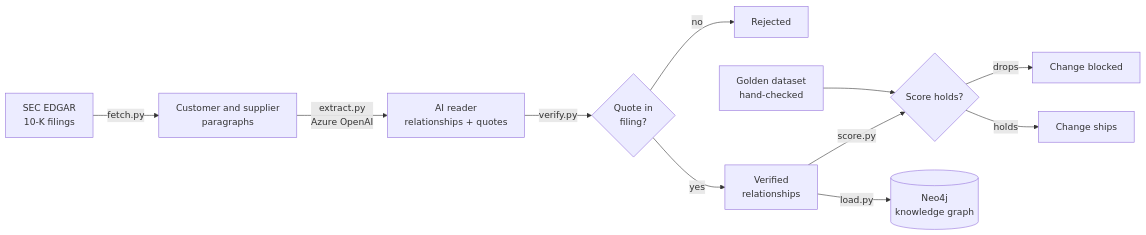
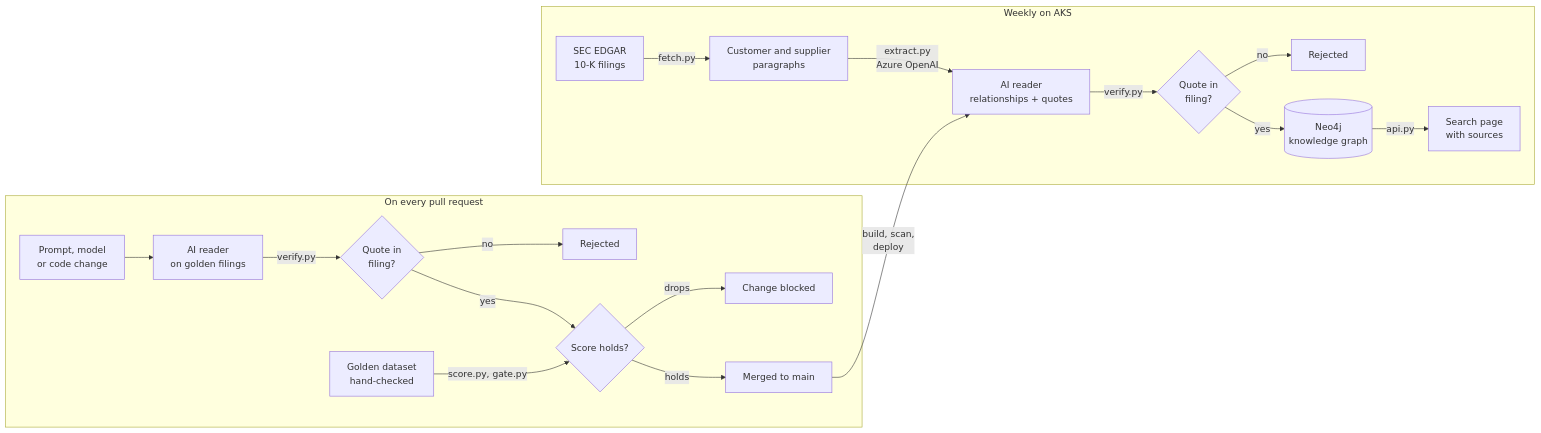
Before and after one commit to sss-3333/golden-thread: the diagram in README.md, drawn with Mermaid. The commit also changed other lines of this file and 1 other file, not shown here.

````diff
--- a/README.md
+++ b/README.md
@@ -10,13 +10,21 @@
 ```mermaid
 flowchart LR
-    A[SEC EDGAR<br/>10-K filings] -->|fetch.py| B[Customer and supplier<br/>paragraphs]
-    B -->|extract.py<br/>Azure OpenAI| C[AI reader<br/>relationships + quotes]
-    C -->|verify.py| D{Quote in<br/>filing?}
-    D -->|no| X[Rejected]
-    D -->|yes| E[Verified<br/>relationships]
-    G[Golden dataset<br/>hand-checked] --> F
-    E -->|score.py| F{Score holds?}
-    F -->|drops| Y[Change blocked]
-    F -->|holds| Z[Change ships]
-    E -->|load.py| N[(Neo4j<br/>knowledge graph)]
+    subgraph PR[On every pull request]
+        P[Prompt, model<br/>or code change] --> C1[AI reader<br/>on golden filings]
+        C1 -->|verify.py| D1{Quote in<br/>filing?}
+        D1 -->|no| X1[Rejected]
+        D1 -->|yes| F{Score holds?}
+        G[Golden dataset<br/>hand-checked] -->|score.py, gate.py| F
+        F -->|drops| Y[Change blocked]
+        F -->|holds| Z[Merged to main]
+    end
+    subgraph AKS[Weekly on AKS]
+        A[SEC EDGAR<br/>10-K filings] -->|fetch.py| B[Customer and supplier<br/>paragraphs]
+        B -->|extract.py<br/>Azure OpenAI| C2[AI reader<br/>relationships + quotes]
+        C2 -->|verify.py| D2{Quote in<br/>filing?}
+        D2 -->|no| X2[Rejected]
+        D2 -->|yes| N[(Neo4j<br/>knowledge graph)]
+        N -->|api.py| S[Search page<br/>with sources]
+    end
+    Z -->|build, scan,<br/>deploy| C2
 ```
````
